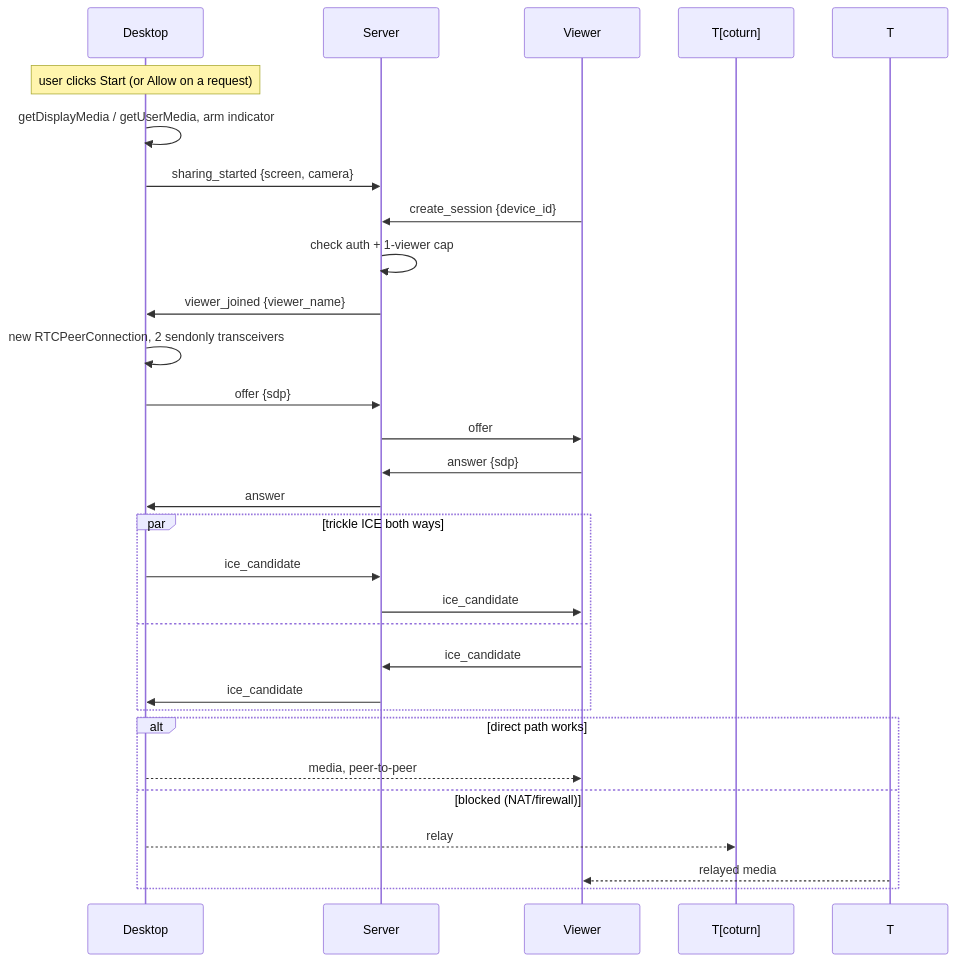
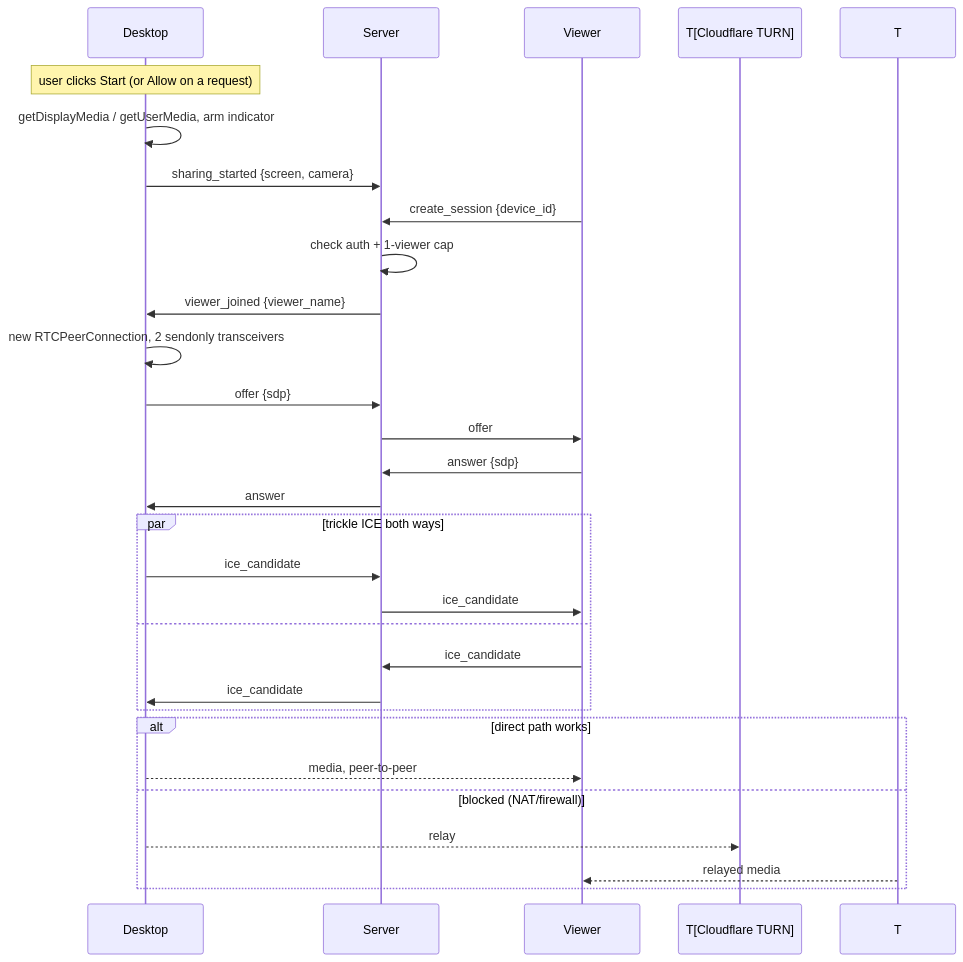
Before and after one commit to 0xyusufz/live-presence: the fourth of 6 diagrams in docs/ARCHITECTURE.md, drawn with Mermaid. The commit also changed other lines of this file and 3 other files, not shown here.

Commit message:
docs: align Cloudflare TURN architecture

````diff
--- a/docs/ARCHITECTURE.md
+++ b/docs/ARCHITECTURE.md
@@ -257,31 +257,31 @@
 ```mermaid
 sequenceDiagram
     participant D as Desktop
     participant S as Server
     participant V as Viewer
 
     Note over D: user clicks Start (or Allow on a request)
     D->>D: getDisplayMedia / getUserMedia, arm indicator
     D->>S: sharing_started {screen, camera}
     V->>S: create_session {device_id}
     S->>S: check auth + 1-viewer cap
     S->>D: viewer_joined {viewer_name}
     D->>D: new RTCPeerConnection, 2 sendonly transceivers
     D->>S: offer {sdp}
     S->>V: offer
     V->>S: answer {sdp}
     S->>D: answer
     par trickle ICE both ways
         D->>S: ice_candidate
         S->>V: ice_candidate
     and
         V->>S: ice_candidate
         S->>D: ice_candidate
     end
     alt direct path works
         D-->>V: media, peer-to-peer
     else blocked (NAT/firewall)
-        D-->>T[coturn]: relay
+        D-->>T[Cloudflare TURN]: relay
         T-->>V: relayed media
     end
 ```
````
